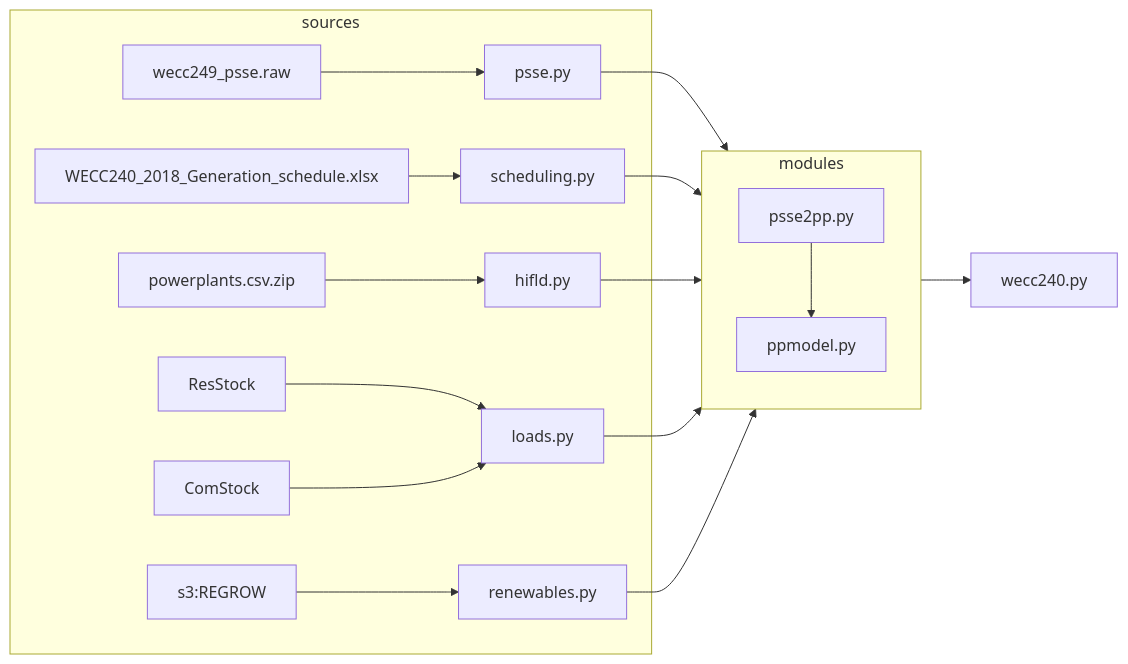
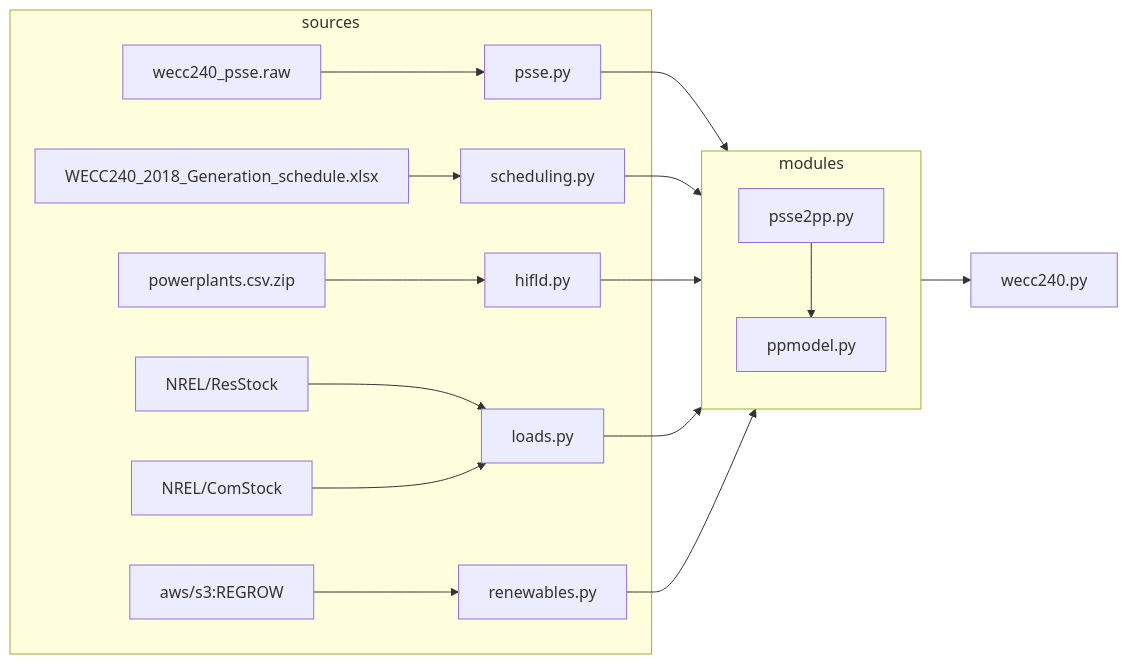
Before and after one commit to slacgismo/regrow: the first of 5 diagrams in pypower/README.md, drawn with Mermaid. The commit also changed other lines of this file, not shown here.

````diff
--- a/pypower/README.md
+++ b/pypower/README.md
@@ -44,25 +44,25 @@
 ```mermaid
 flowchart LR
 
     subgraph sources
-        wecc249_psse.raw --> psse.py
+        wecc240_psse.raw --> psse.py
         WECC240_2018_Generation_schedule.xlsx --> scheduling.py
         powerplants.csv.zip --> hifld.py
-        ResStock --> loads.py
-        ComStock --> loads.py
-        s3:REGROW --> renewables.py
+        NREL/ResStock --> loads.py
+        NREL/ComStock --> loads.py
+        aws/s3:REGROW --> renewables.py
     end
 
     subgraph modules
         direction TB
         psse.py --> psse2pp.py
         psse2pp.py --> ppmodel.py
         scheduling.py  --> ppmodel.py
         hifld.py --> ppmodel.py
         loads.py --> ppmodel.py
         renewables.py --> ppmodel.py
         ppmodel.py
     end
 
     ppmodel.py --> wecc240.py
 ```
````
